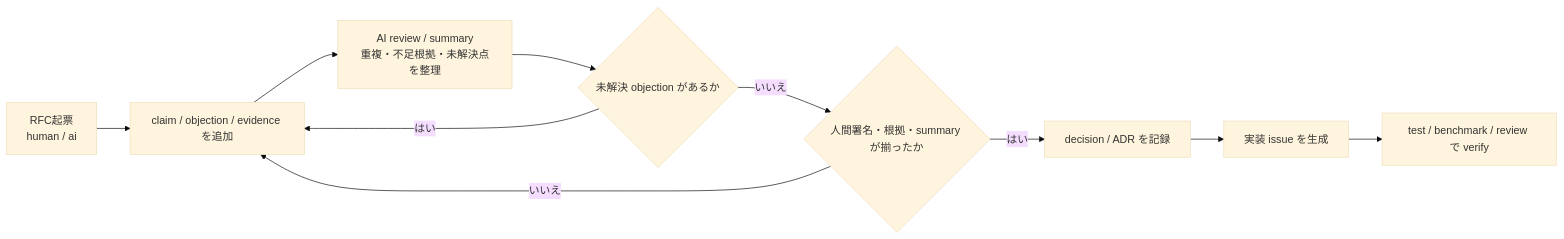
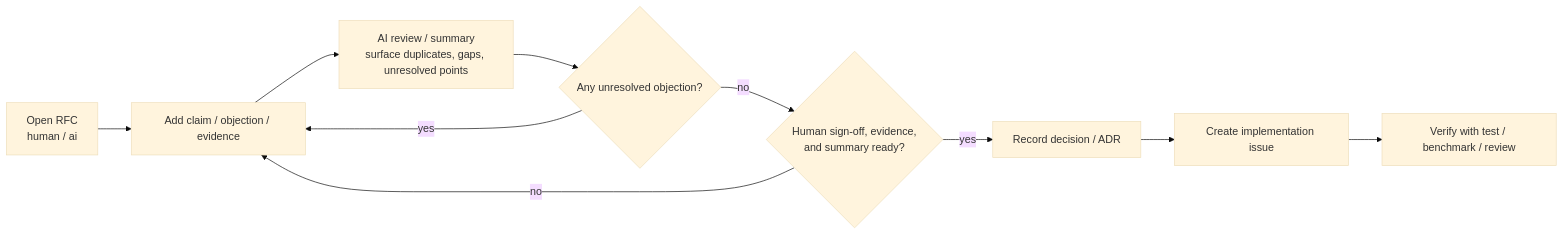
One commit to tmineno/gitforum changed the diagram in README.md. Above: the diagram before and after it, drawn with Mermaid. The commit also changed other lines of this file and 13 other files, not shown here.

````diff
--- a/README.md
+++ b/README.md
@@ -8,18 +8,18 @@
 ```mermaid
 ---
 config:
   theme: 'base'
   themeVariables:
     fontSize: 16px
 ---
 flowchart LR
-    A[RFC起票<br/>human / ai] --> B[claim / objection / evidence を追加]
-    B --> C[AI review / summary<br/>重複・不足根拠・未解決点を整理]
-    C --> D{未解決 objection があるか}
-    D -- はい --> B
-    D -- いいえ --> E{人間署名・根拠・summary が揃ったか}
-    E -- いいえ --> B
-    E -- はい --> F[decision / ADR を記録]
-    F --> G[実装 issue を生成]
-    G --> H[test / benchmark / review で verify]
+    A[Open RFC<br/>human / ai] --> B[Add claim / objection / evidence]
+    B --> C[AI review / summary<br/>surface duplicates, gaps, unresolved points]
+    C --> D{Any unresolved objection?}
+    D -- yes --> B
+    D -- no --> E{Human sign-off, evidence,<br/>and summary ready?}
+    E -- no --> B
+    E -- yes --> F[Record decision / ADR]
+    F --> G[Create implementation issue]
+    G --> H[Verify with test / benchmark / review]
 ```
````
